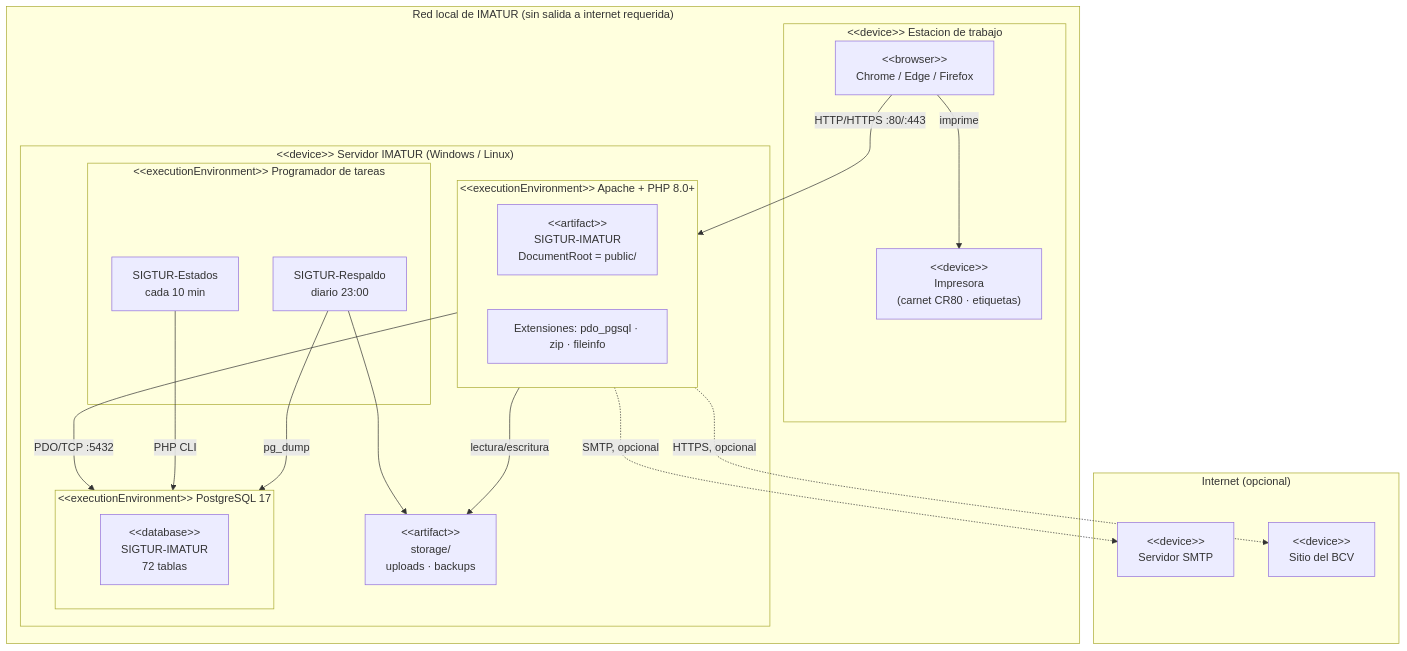
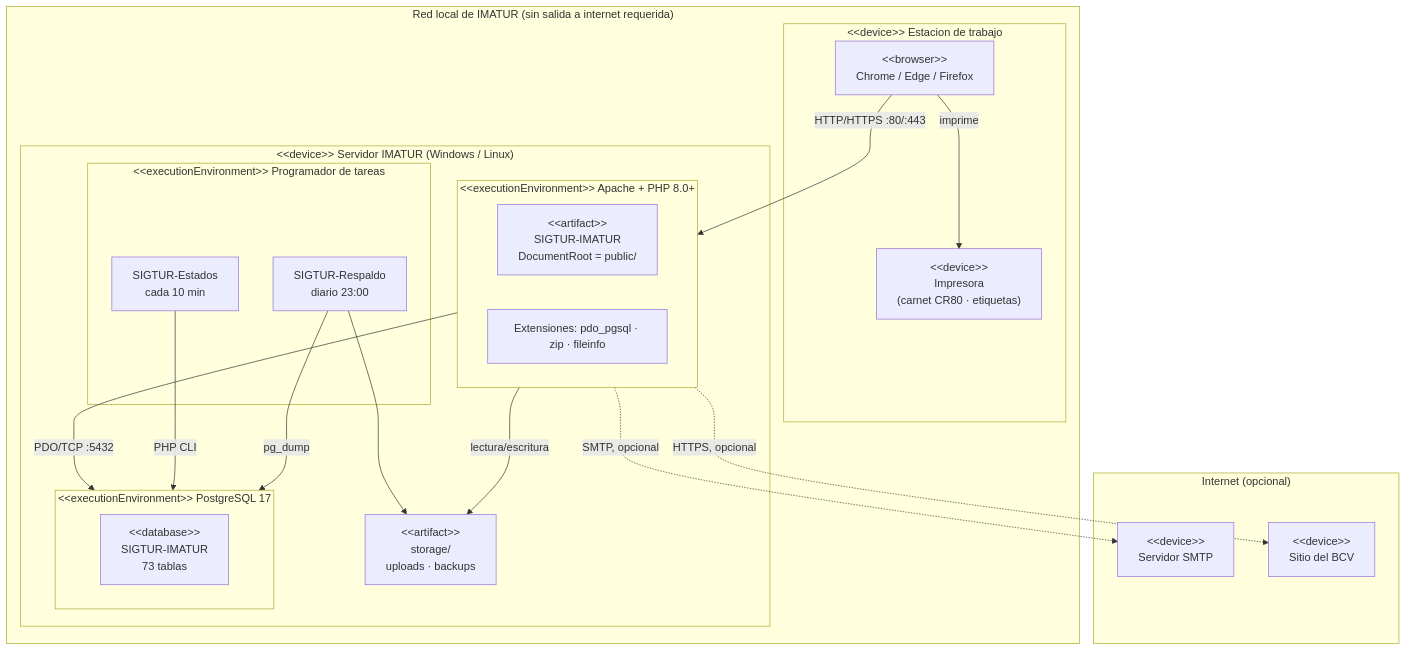
Before and after one commit to Denxxe/SIGTUR-IMATUR: the fifth of 5 diagrams in docs/DIAGRAMA_COMPONENTES.md, drawn with Mermaid. The commit also changed 97 other files, not shown here.

````diff
--- a/docs/DIAGRAMA_COMPONENTES.md
+++ b/docs/DIAGRAMA_COMPONENTES.md
@@ -328,39 +328,39 @@
 ```mermaid
 flowchart TB
     subgraph LAN["Red local de IMATUR (sin salida a internet requerida)"]
         subgraph N1["&lt;&lt;device&gt;&gt; Estacion de trabajo"]
             NAV["&lt;&lt;browser&gt;&gt;<br/>Chrome / Edge / Firefox"]
             IMP["&lt;&lt;device&gt;&gt;<br/>Impresora<br/>(carnet CR80 · etiquetas)"]
         end
 
         subgraph N2["&lt;&lt;device&gt;&gt; Servidor IMATUR (Windows / Linux)"]
             subgraph WS["&lt;&lt;executionEnvironment&gt;&gt; Apache + PHP 8.0+"]
                 APP["&lt;&lt;artifact&gt;&gt;<br/>SIGTUR-IMATUR<br/>DocumentRoot = public/"]
                 EXT["Extensiones: pdo_pgsql · zip · fileinfo"]
             end
             subgraph DBE["&lt;&lt;executionEnvironment&gt;&gt; PostgreSQL 17"]
-                DBI["&lt;&lt;database&gt;&gt;<br/>SIGTUR-IMATUR<br/>72 tablas"]
+                DBI["&lt;&lt;database&gt;&gt;<br/>SIGTUR-IMATUR<br/>73 tablas"]
             end
             subgraph SCH["&lt;&lt;executionEnvironment&gt;&gt; Programador de tareas"]
                 TK1["SIGTUR-Estados<br/>cada 10 min"]
                 TK2["SIGTUR-Respaldo<br/>diario 23:00"]
             end
             FSY["&lt;&lt;artifact&gt;&gt;<br/>storage/<br/>uploads · backups"]
         end
     end
 
     subgraph WAN["Internet (opcional)"]
         SMTP["&lt;&lt;device&gt;&gt;<br/>Servidor SMTP"]
         BCV["&lt;&lt;device&gt;&gt;<br/>Sitio del BCV"]
     end
 
     NAV -- "HTTP/HTTPS :80/:443" --> WS
     NAV -- "imprime" --> IMP
     WS -- "PDO/TCP :5432" --> DBE
     WS -- "lectura/escritura" --> FSY
     TK1 -- "PHP CLI" --> DBE
     TK2 -- "pg_dump" --> DBE
     TK2 --> FSY
     WS -. "SMTP, opcional" .-> SMTP
     WS -. "HTTPS, opcional" .-> BCV
 ```
````
